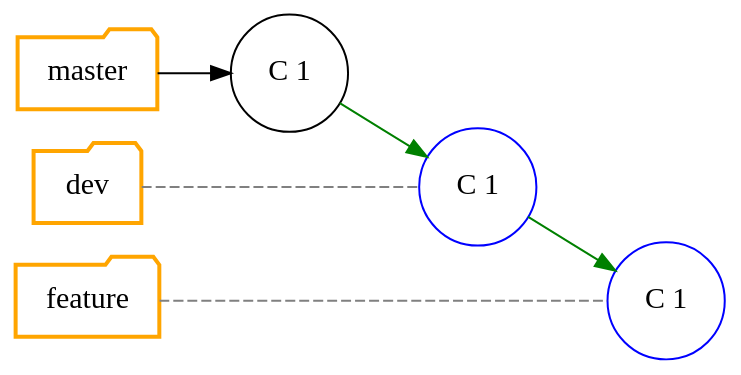
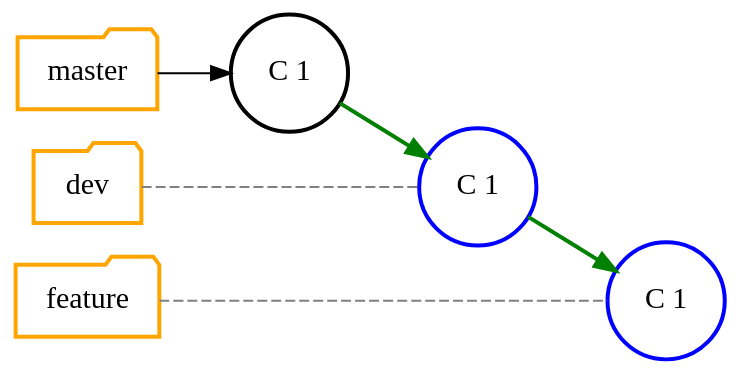
The diagram in slides/intro/src/docs/asciidoc/graphviz/git-scenario-2.dot (Gepardec/git-training), drawn with Graphviz before and after one commit. The commit also changed 31 other files, not shown here.

Commit message:
Removed unused graphviz files. Modified all graphviz graphs to use bold nodes and arrows. Little changes in slides

```diff
--- a/slides/intro/src/docs/asciidoc/graphviz/git-scenario-2.dot
+++ b/slides/intro/src/docs/asciidoc/graphviz/git-scenario-2.dot
@@ -1,36 +1,37 @@
 digraph git_scenario_2 {
     splines=line
     rankdir="LR"
     bgcolor="transparent"
 
+    edge[style=bold]
     /* Nodes representing the branches */
     node[ fontsize=15.0,style="bold", shape=folder, color=orange]
     master [group="master"]
     dev [group="dev"]
     feature [label="feature", group="feature"]
 
     /* Nodes representing commit */
-    node[ fontsize=15.0,style="",shape=circle, color=""]
+    node[ fontsize=15.0,shape=circle, color=""]
     C_1[label="C 1", group="master"]
 
     /* Nodes representing pointer */
     node[color="blue"]
     C_1_D [label="C 1", group="dev"]
     C_1_F_1 [label="C 1", group="feature"]
 
     edge[color=gray]
     /* Define master branch commits */
     master -> C_1 [color="", style=""]
     feature -> C_1_F_1 [arrowhead=none,style="dashed"]
     dev -> C_1_D [arrowhead=none,style="dashed"]
 
     edge[color="green"]
     /* 1. inter branch commit */
     C_1 -> C_1_D -> { C_1_F_1 }
 
     /* Connect branches with invis edges, to declare ordering this way */
     edge[style=invis]
     master -> dev -> feature
 
     {rank=same; master dev feature}
 }
```
